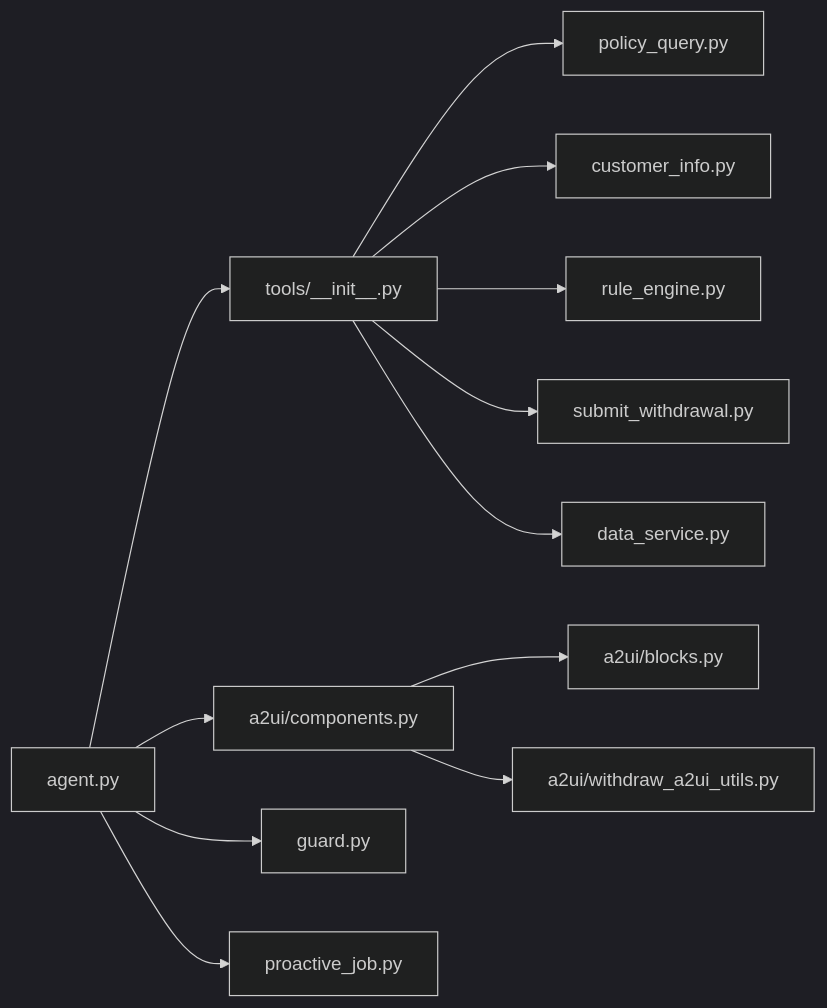
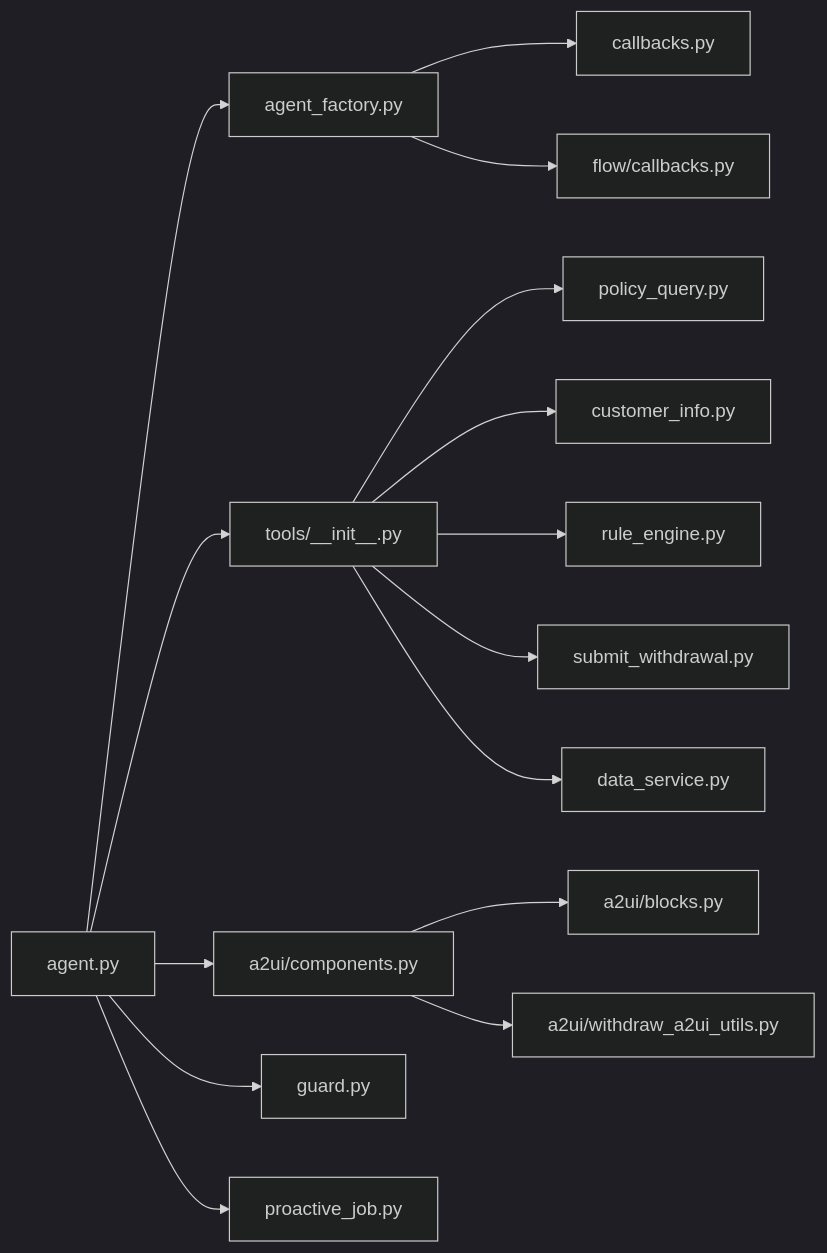
One commit to YU-JI-KUI/ark-agentic changed diagram 11 of 11 in repowiki/zh/content/智能体实现/保险智能体/保险智能体.md. Above: the diagram before and after it, drawn with Mermaid (dark theme). The commit also changed other lines of this file and 12 other files, not shown here.

````diff
--- a/repowiki/zh/content/智能体实现/保险智能体/保险智能体.md
+++ b/repowiki/zh/content/智能体实现/保险智能体/保险智能体.md
@@ -349,14 +393,17 @@
 ```mermaid
 graph LR
-Agent["agent.py"] --> Tools["tools/__init__.py"]
+Agent["agent.py"] --> Factory["agent_factory.py"]
+Agent --> Tools["tools/__init__.py"]
 Tools --> PQ["policy_query.py"]
 Tools --> CI["customer_info.py"]
 Tools --> RE["rule_engine.py"]
 Tools --> SW["submit_withdrawal.py"]
 Tools --> DS["data_service.py"]
 Agent --> A2UI["a2ui/components.py"]
 A2UI --> BLK["a2ui/blocks.py"]
 A2UI --> UTL["a2ui/withdraw_a2ui_utils.py"]
 Agent --> Guard["guard.py"]
 Agent --> Job["proactive_job.py"]
+Factory --> Callbacks["callbacks.py"]
+Factory --> FlowCB["flow/callbacks.py"]
 ```
````
